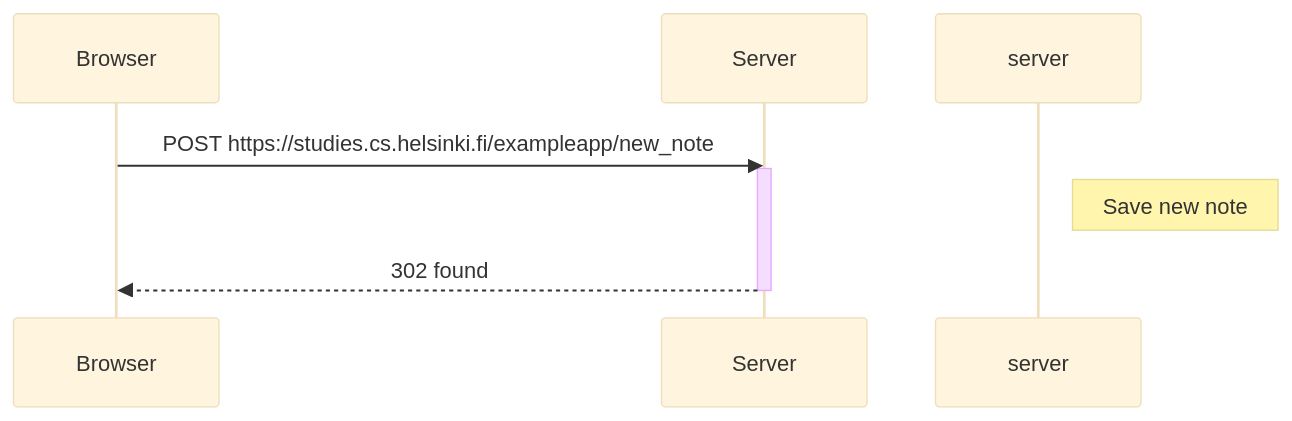
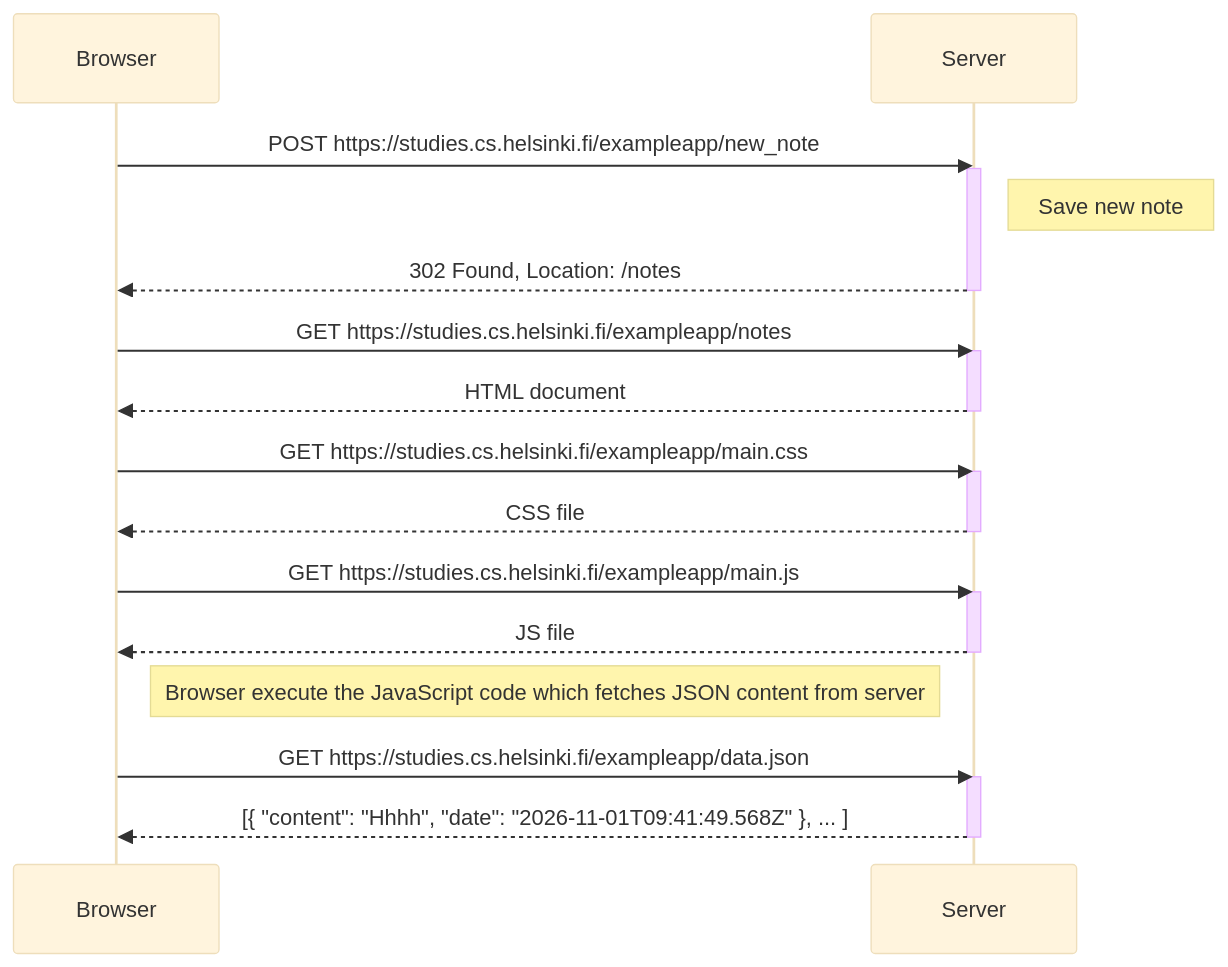
The diagram in part0/README.md (Farah-Maqbool/fullstack-open), drawn with Mermaid (base theme) before and after one commit.

Commit message:
Update README with server interactions and responses

````diff
--- a/part0/README.md
+++ b/part0/README.md
@@ -5,11 +5,35 @@
 ```mermaid
 sequenceDiagram
   participant Browser
   participant Server
 
   Browser->>Server: POST https://studies.cs.helsinki.fi/exampleapp/new_note
   activate Server
-  Note right of server: Save new note
-  Server-->>Browser: 302 found
+  Note right of Server: Save new note
+  Server-->>Browser: 302 Found, Location: /notes
   deactivate Server
+
+  Browser->>Server: GET https://studies.cs.helsinki.fi/exampleapp/notes
+  activate Server
+  Server-->>Browser: HTML document
+  deactivate Server
+
+  Browser->>Server: GET https://studies.cs.helsinki.fi/exampleapp/main.css
+  activate Server
+  Server-->>Browser: CSS file
+  deactivate Server
+
+  Browser->>Server: GET https://studies.cs.helsinki.fi/exampleapp/main.js
+  activate Server
+  Server-->>Browser: JS file
+  deactivate Server
+
+  Note right of Browser: Browser execute the JavaScript code which fetches JSON content from server
+
+  Browser->>Server: GET https://studies.cs.helsinki.fi/exampleapp/data.json
+  activate Server
+  Server-->>Browser: [{ "content": "Hhhh", "date": "2026-11-01T09:41:49.568Z" }, ... ]
+  deactivate Server  
+
+  
 ```
````
